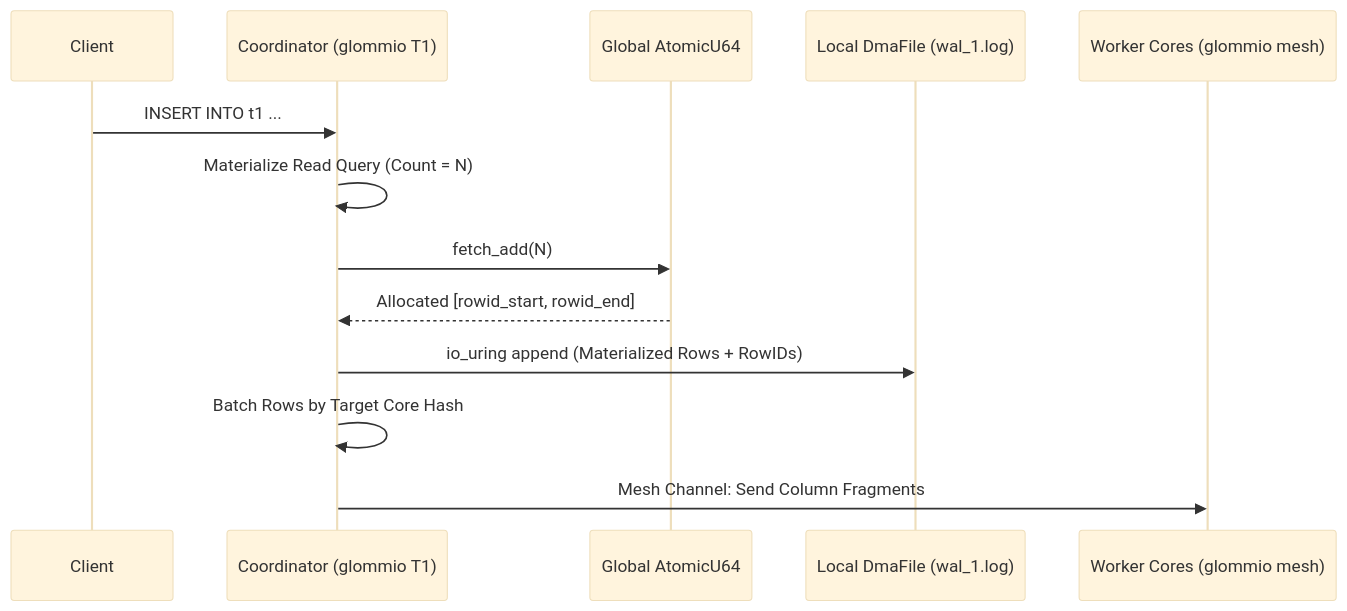
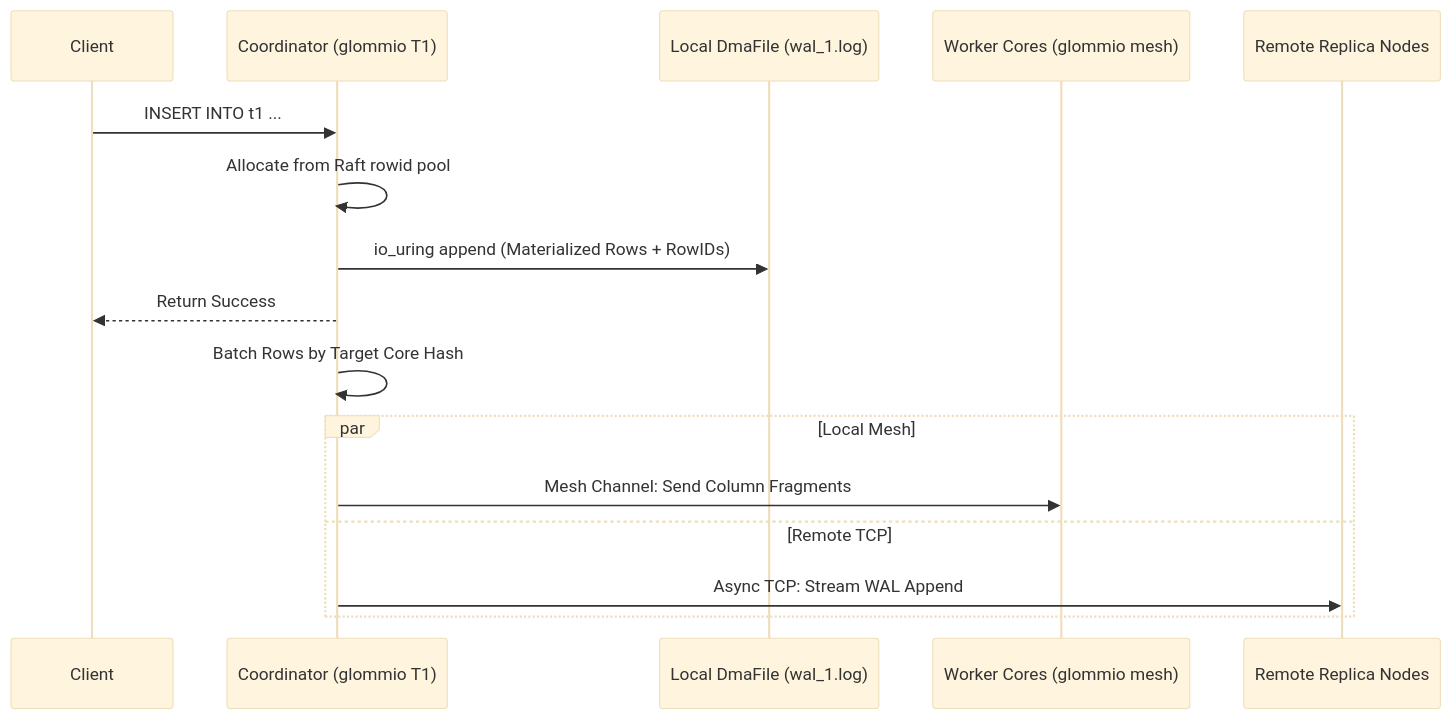
One commit to tpdenk/scraphouse changed the first of 4 diagrams in NOTES.md. Above: the diagram before and after it, drawn with Mermaid (base theme). The commit also changed other lines of this file, not shown here.

````diff
--- a/NOTES.md
+++ b/NOTES.md
@@ -80,16 +77,19 @@
 ```mermaid
 sequenceDiagram
     participant Client
     participant C1 as Coordinator (glommio T1)
-    participant Global as Global AtomicU64
     participant WAL as Local DmaFile (wal_1.log)
     participant Target as Worker Cores (glommio mesh)
+    participant Remote as Remote Replica Nodes
 
     Client->>C1: INSERT INTO t1 ...
-    C1->>C1: Materialize Read Query (Count = N)
-    C1->>Global: fetch_add(N)
-    Global-->>C1: Allocated [rowid_start, rowid_end]
+    C1->>C1: Allocate from Raft rowid pool
     C1->>WAL: io_uring append (Materialized Rows + RowIDs)
+    C1-->>Client: Return Success
     C1->>C1: Batch Rows by Target Core Hash
-    C1->>Target: Mesh Channel: Send Column Fragments
+    par Local Mesh
+        C1->>Target: Mesh Channel: Send Column Fragments
+    and Remote TCP
+        C1->>Remote: Async TCP: Stream WAL Append
+    end
 ```
````
